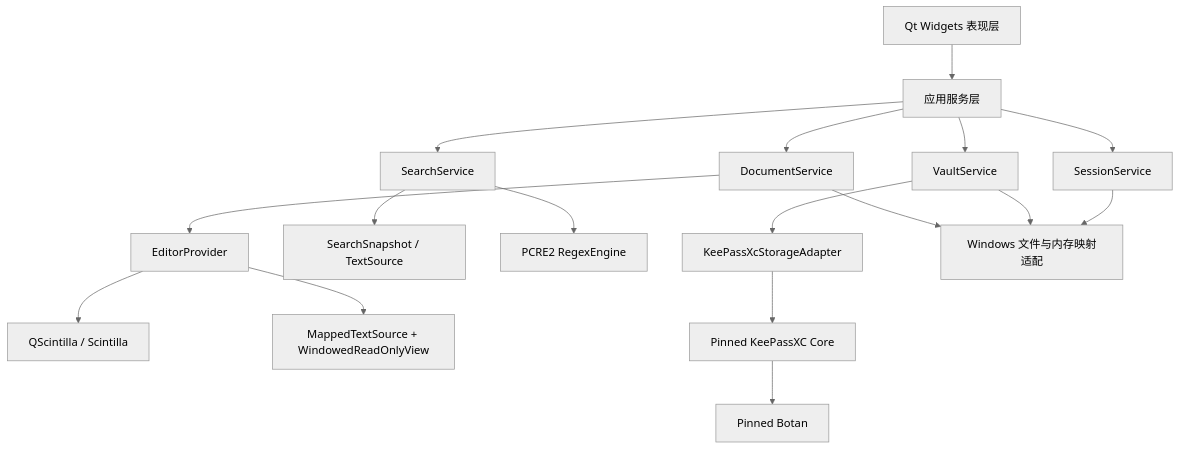
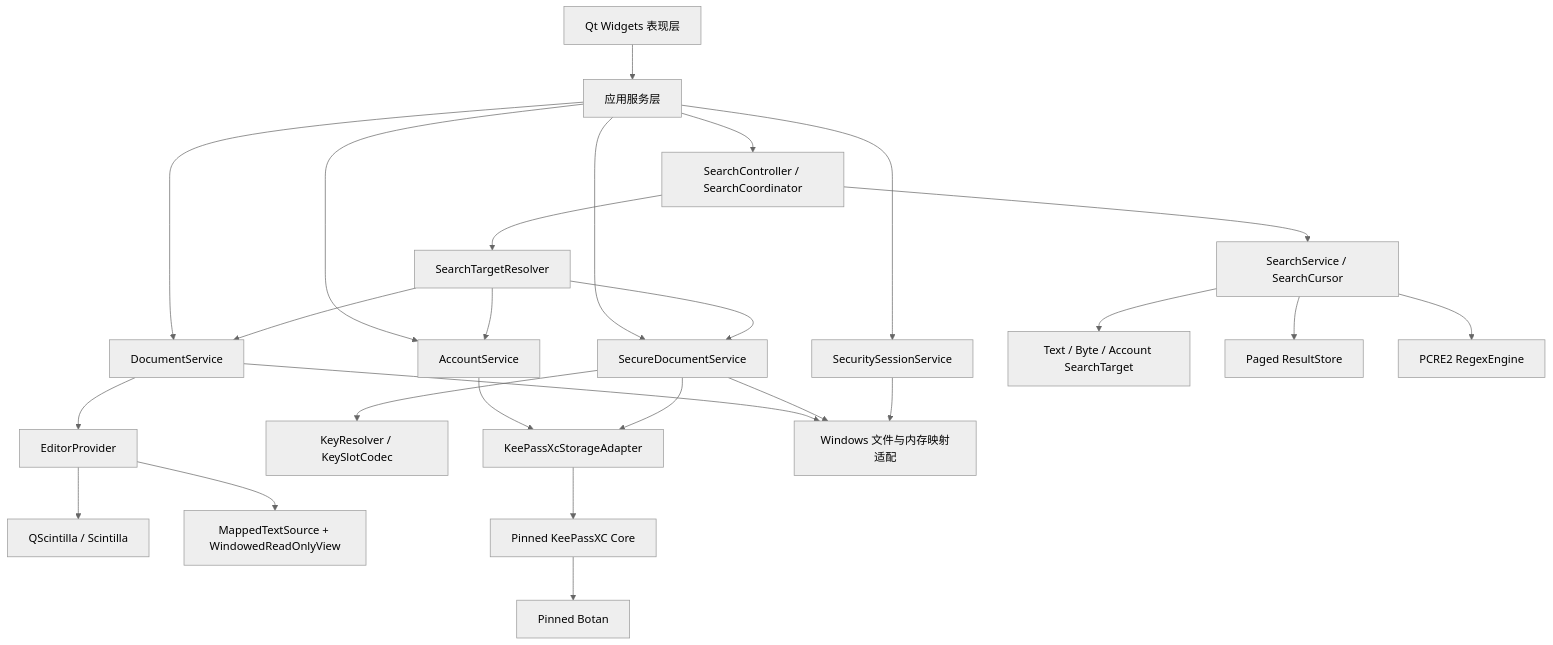
Before and after one commit to iwandac/Notepad-Safe: the first of 6 diagrams in docs/DESIGN.md, drawn with Mermaid (neutral theme). The commit also changed other lines of this file and 98 other files, not shown here.

````diff
--- a/docs/DESIGN.md
+++ b/docs/DESIGN.md
@@ -51,23 +80,32 @@
 ```mermaid
 flowchart TB
     UI["Qt Widgets 表现层"] --> APP["应用服务层"]
     APP --> DOC["DocumentService"]
-    APP --> SEARCH["SearchService"]
-    APP --> VAULT["VaultService"]
-    APP --> SESSION["SessionService"]
+    APP --> SEARCH["SearchController / SearchCoordinator"]
+    APP --> SECURE["SecureDocumentService"]
+    APP --> ACCOUNT["AccountService"]
+    APP --> SESSION["SecuritySessionService"]
 
     DOC --> EDITOR["EditorProvider"]
     EDITOR --> SCI["QScintilla / Scintilla"]
     EDITOR --> MAP["MappedTextSource + WindowedReadOnlyView"]
 
-    SEARCH --> SNAP["SearchSnapshot / TextSource"]
-    SEARCH --> PCRE["PCRE2 RegexEngine"]
+    SEARCH --> TARGET["SearchTargetResolver"]
+    TARGET --> DOC
+    TARGET --> SECURE
+    TARGET --> ACCOUNT
+    SEARCH --> ENGINE["SearchService / SearchCursor"]
+    ENGINE --> SNAP["Text / Byte / Account SearchTarget"]
+    ENGINE --> RESULT["Paged ResultStore"]
+    ENGINE --> PCRE["PCRE2 RegexEngine"]
 
-    VAULT --> ADAPTER["KeePassXcStorageAdapter"]
+    SECURE --> KEY["KeyResolver / KeySlotCodec"]
+    ACCOUNT --> ADAPTER["KeePassXcStorageAdapter"]
+    SECURE --> ADAPTER
     ADAPTER --> KPXC["Pinned KeePassXC Core"]
     KPXC --> BOTAN["Pinned Botan"]
 
     DOC --> PLATFORM["Windows 文件与内存映射适配"]
-    VAULT --> PLATFORM
+    SECURE --> PLATFORM
     SESSION --> PLATFORM
 ```
````
